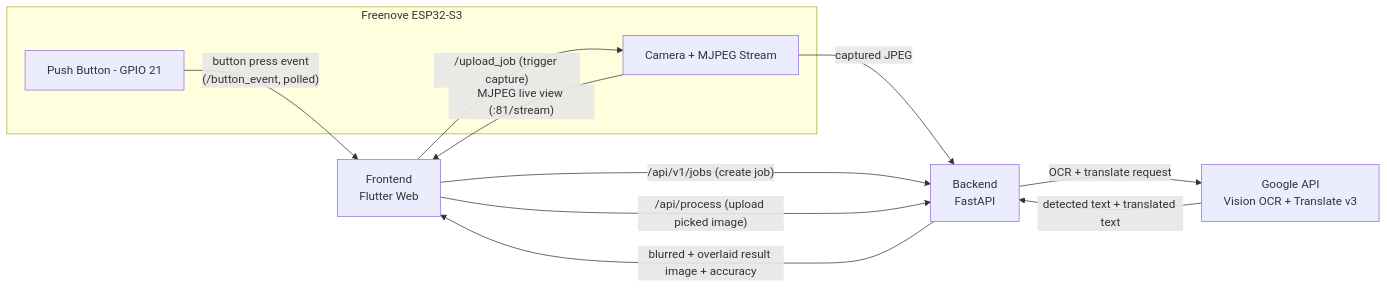
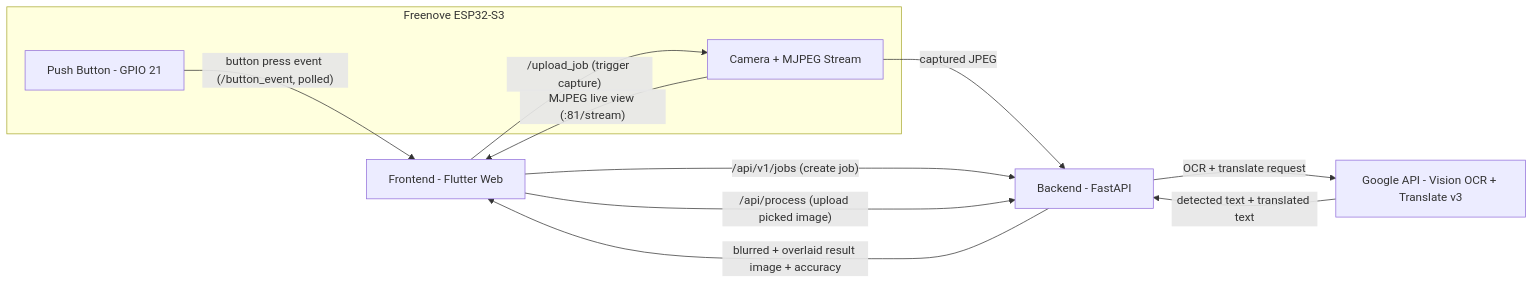
Before and after one commit to evanzkl/Handheld-OCR-Translator: the diagram in README.md, drawn with Mermaid.

Commit message:
mermaid fix

````diff
--- a/README.md
+++ b/README.md
@@ -35,21 +35,21 @@
 ```mermaid
 flowchart LR
     subgraph ESP32["Freenove ESP32-S3"]
-        BTN[Push Button - GPIO 21]
-        CAM[Camera + MJPEG Stream]
+        BTN["Push Button - GPIO 21"]
+        CAM["Camera + MJPEG Stream"]
     end
 
-    FE[Frontend<br/>Flutter Web]
-    BE[Backend<br/>FastAPI]
-    GAPI[Google API<br/>Vision OCR + Translate v3]
+    FE["Frontend - Flutter Web"]
+    BE["Backend - FastAPI"]
+    GAPI["Google API - Vision OCR + Translate v3"]
 
-    CAM -- "MJPEG live view (:81/stream)" --> FE
-    BTN -- "button press event<br/>(/button_event, polled)" --> FE
-    FE -- "/api/v1/jobs (create job)" --> BE
-    FE -- "/upload_job (trigger capture)" --> CAM
-    CAM -- "captured JPEG" --> BE
-    FE -- "/api/process (upload picked image)" --> BE
-    BE -- "OCR + translate request" --> GAPI
-    GAPI -- "detected text + translated text" --> BE
-    BE -- "blurred + overlaid result image + accuracy" --> FE
+    CAM -->|"MJPEG live view (:81/stream)"| FE
+    BTN -->|"button press event (/button_event, polled)"| FE
+    FE -->|"/api/v1/jobs (create job)"| BE
+    FE -->|"/upload_job (trigger capture)"| CAM
+    CAM -->|"captured JPEG"| BE
+    FE -->|"/api/process (upload picked image)"| BE
+    BE -->|"OCR + translate request"| GAPI
+    GAPI -->|"detected text + translated text"| BE
+    BE -->|"blurred + overlaid result image + accuracy"| FE
 ```
````
